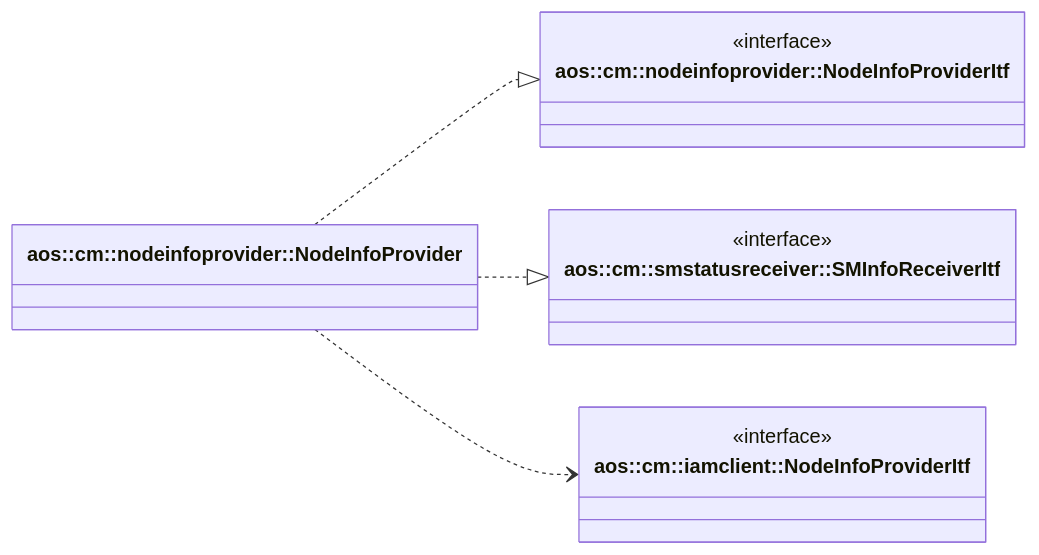
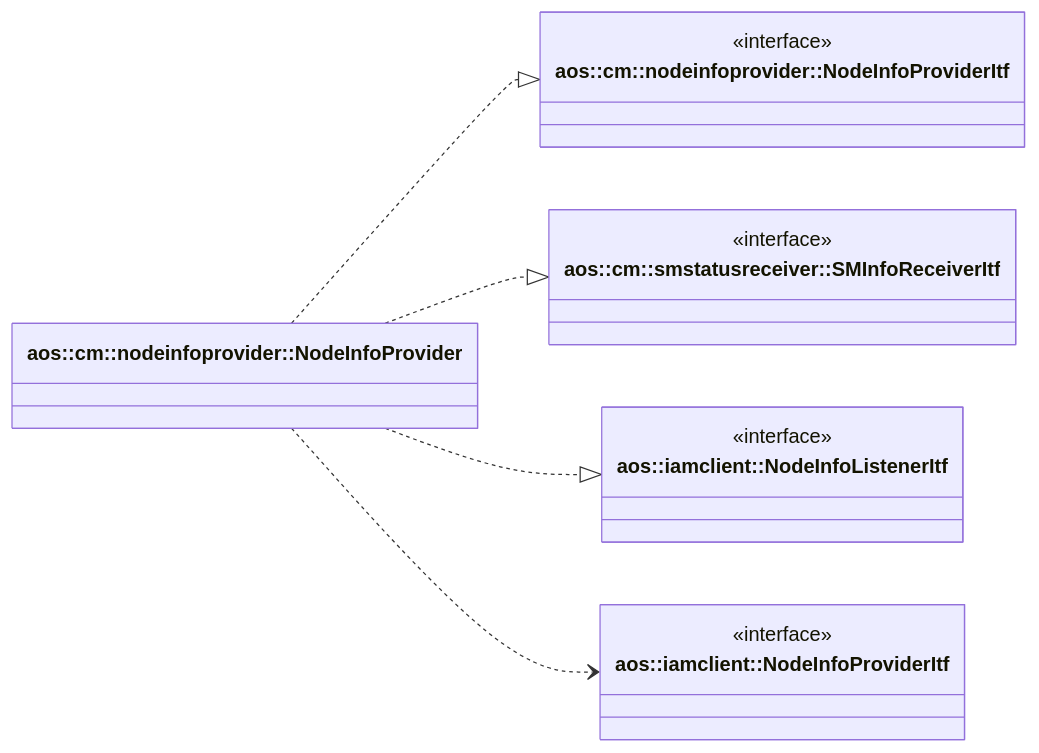
The first of 2 diagrams in src/core/cm/nodeinfoprovider/nodeinfoprovider.md (aosedge/aos_core_lib_cpp), drawn with Mermaid before and after one commit. The commit also changed other lines of this file, not shown here.

````diff
--- a/src/core/cm/nodeinfoprovider/nodeinfoprovider.md
+++ b/src/core/cm/nodeinfoprovider/nodeinfoprovider.md
@@ -15,24 +19,29 @@
 ```mermaid
 classDiagram
     direction LR
 
     class NodeInfoProvider["aos::cm::nodeinfoprovider::NodeInfoProvider"] {
     }
 
     class NodeInfoProviderItf["aos::cm::nodeinfoprovider::NodeInfoProviderItf"] {
         <<interface>>
     }
 
     class SMInfoReceiverItf ["aos::cm::smstatusreceiver::SMInfoReceiverItf"] {
         <<interface>>
     }
 
-    class IAMNodeInfoProviderItf ["aos::cm::iamclient::NodeInfoProviderItf"] {
+    class IAMNodeInfoListenerItf ["aos::iamclient::NodeInfoListenerItf"] {
+        <<interface>>
+    }
+
+    class IAMNodeInfoProviderItf ["aos::iamclient::NodeInfoProviderItf"] {
         <<interface>>
     }
 
     NodeInfoProvider ..|> NodeInfoProviderItf
     NodeInfoProvider ..|> SMInfoReceiverItf
+    NodeInfoProvider ..|> IAMNodeInfoListenerItf
 
     NodeInfoProvider ..> IAMNodeInfoProviderItf
 ```
````
